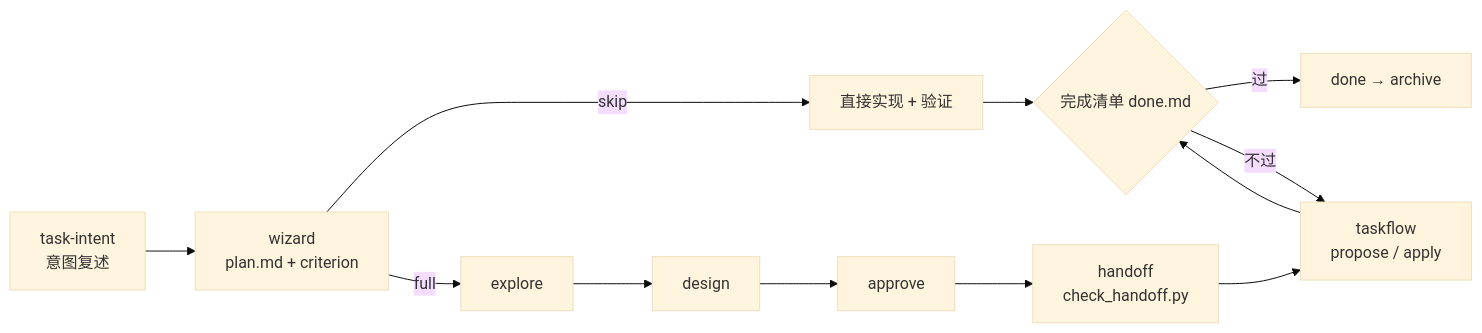
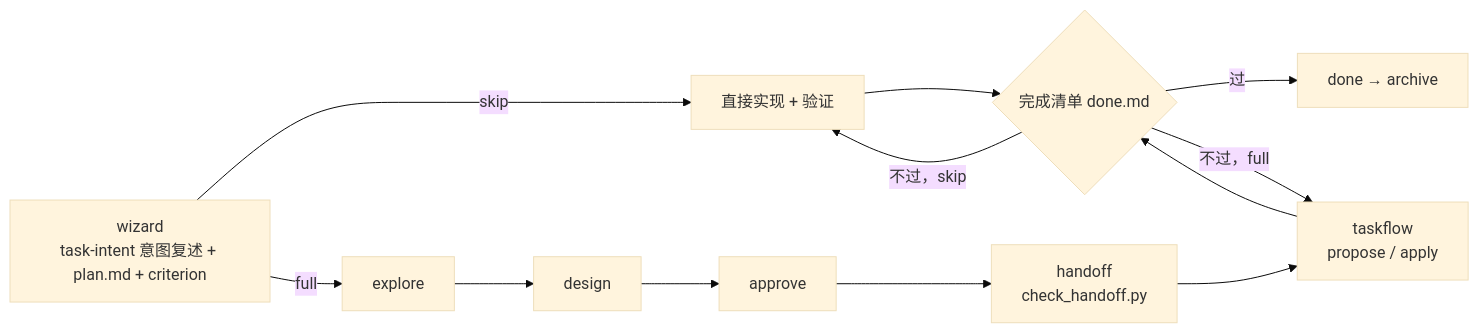
Before and after one commit to sunzhenkai/solo-skills: the diagram in docs/task-flow/README.md, drawn with Mermaid (base theme). The commit also changed other lines of this file and 55 other files, not shown here.

````diff
--- a/docs/task-flow/README.md
+++ b/docs/task-flow/README.md
@@ -19,11 +19,12 @@
 ```mermaid
 flowchart LR
-  I[task-intent<br/>意图复述] --> W[wizard<br/>plan.md + criterion]
+  W[wizard<br/>task-intent 意图复述 + plan.md + criterion]
   W -->|skip| S[直接实现 + 验证]
   W -->|full| E[explore] --> D[design] --> A[approve] --> H[handoff<br/>check_handoff.py]
   H --> P[taskflow<br/>propose / apply]
   S --> DONE{完成清单 done.md}
   P --> DONE
   DONE -->|过| X[done → archive]
-  DONE -->|不过| P
+  DONE -->|不过，skip| S
+  DONE -->|不过，full| P
 ```
````
